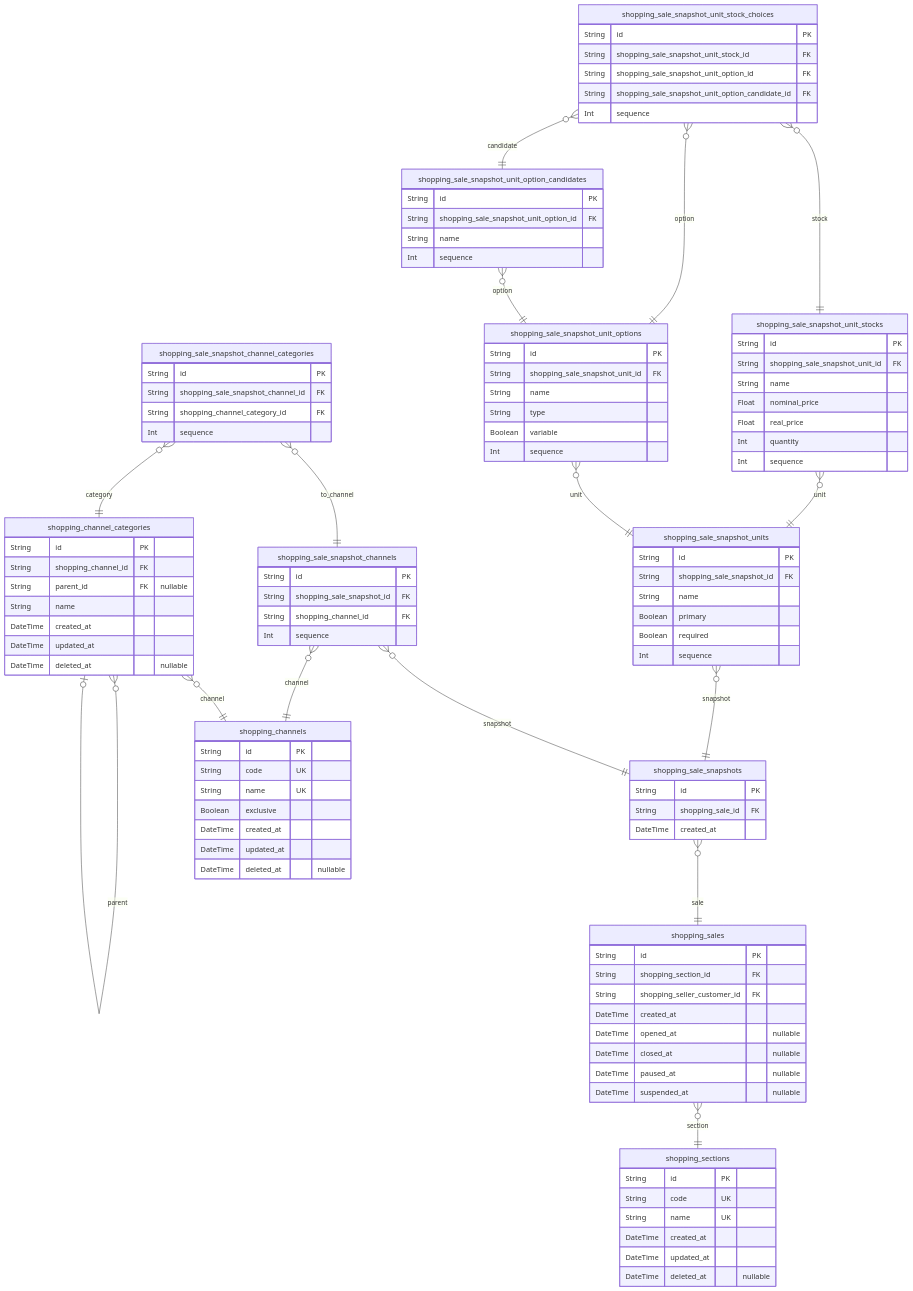
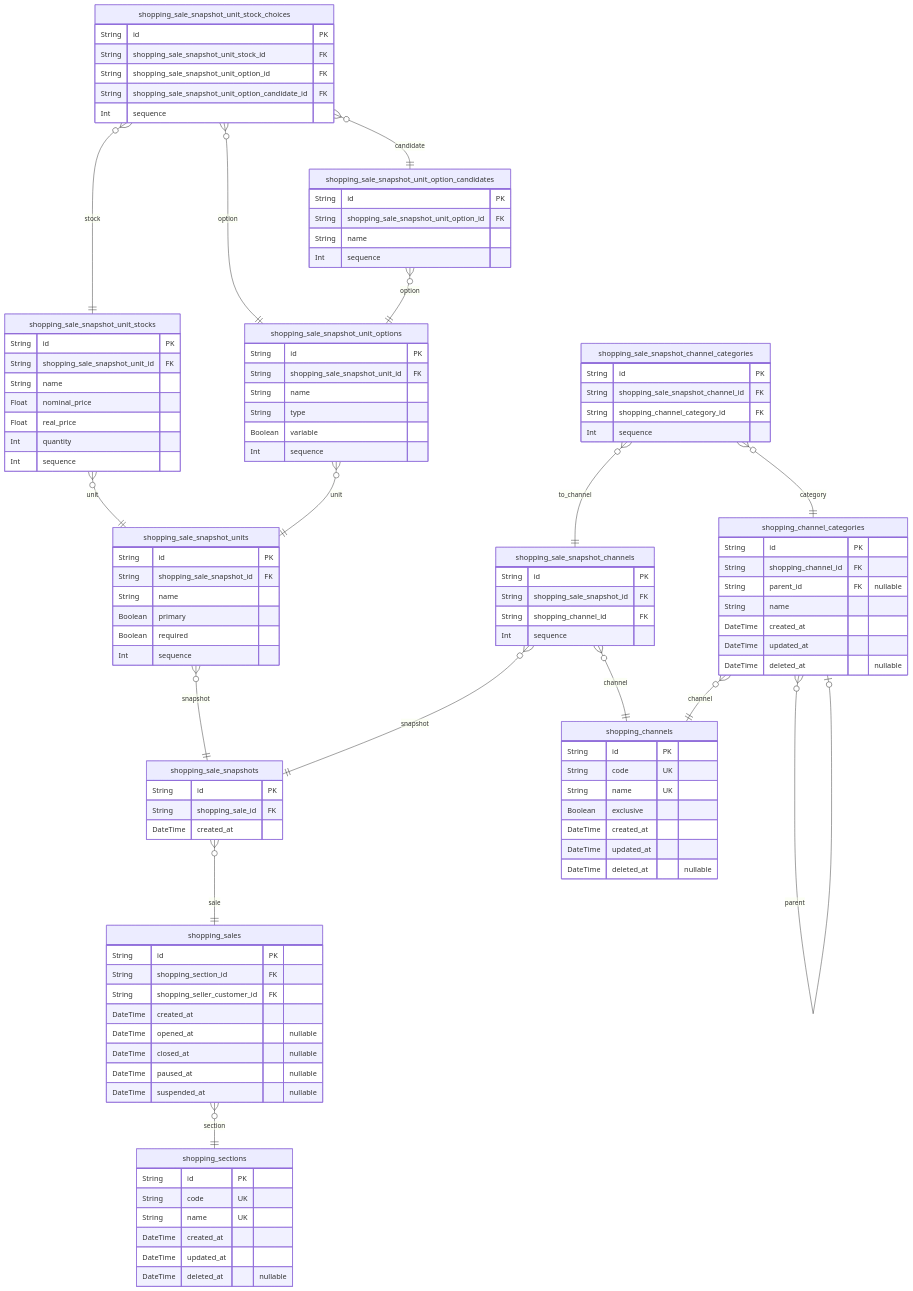
Before and after one commit to samchon/shopping-backend: the fourth of 10 diagrams in docs/ERD.md, drawn with Mermaid. The commit also changed other lines of this file and 8 other files, not shown here.

Commit message:
Refactoring of Prisma Schema

````diff
--- a/docs/ERD.md
+++ b/docs/ERD.md
@@ -747,12 +746,6 @@
     String id PK
     String shopping_sale_snapshot_id FK
     String shopping_channel_id FK
-    Int sequence
-}
-"shopping_sale_snapshot_channel_categories" {
-    String id PK
-    String shopping_sale_snapshot_channel_id FK
-    String shopping_channel_category_id FK
     Int sequence
 }
 "shopping_sale_snapshot_units" {
@@ -793,6 +786,12 @@
     String shopping_sale_snapshot_unit_option_candidate_id FK
     Int sequence
 }
+"shopping_sale_snapshot_channel_categories" {
+    String id PK
+    String shopping_sale_snapshot_channel_id FK
+    String shopping_channel_category_id FK
+    Int sequence
+}
 "shopping_channels" {
     String id PK
     String code UK
@@ -823,8 +822,6 @@
 "shopping_sale_snapshots" }o--|| "shopping_sales" : sale
 "shopping_sale_snapshot_channels" }o--|| "shopping_sale_snapshots" : snapshot
 "shopping_sale_snapshot_channels" }o--|| "shopping_channels" : channel
-"shopping_sale_snapshot_channel_categories" }o--|| "shopping_sale_snapshot_channels" : to_channel
-"shopping_sale_snapshot_channel_categories" }o--|| "shopping_channel_categories" : category
 "shopping_sale_snapshot_units" }o--|| "shopping_sale_snapshots" : snapshot
 "shopping_sale_snapshot_unit_options" }o--|| "shopping_sale_snapshot_units" : unit
 "shopping_sale_snapshot_unit_option_candidates" }o--|| "shopping_sale_snapshot_unit_options" : option
@@ -832,6 +829,8 @@
 "shopping_sale_snapshot_unit_stock_choices" }o--|| "shopping_sale_snapshot_unit_stocks" : stock
 "shopping_sale_snapshot_unit_stock_choices" }o--|| "shopping_sale_snapshot_unit_options" : option
 "shopping_sale_snapshot_unit_stock_choices" }o--|| "shopping_sale_snapshot_unit_option_candidates" : candidate
+"shopping_sale_snapshot_channel_categories" }o--|| "shopping_sale_snapshot_channels" : to_channel
+"shopping_sale_snapshot_channel_categories" }o--|| "shopping_channel_categories" : category
 "shopping_channel_categories" }o--|| "shopping_channels" : channel
 "shopping_channel_categories" }o--o| "shopping_channel_categories" : parent
 ```
````
